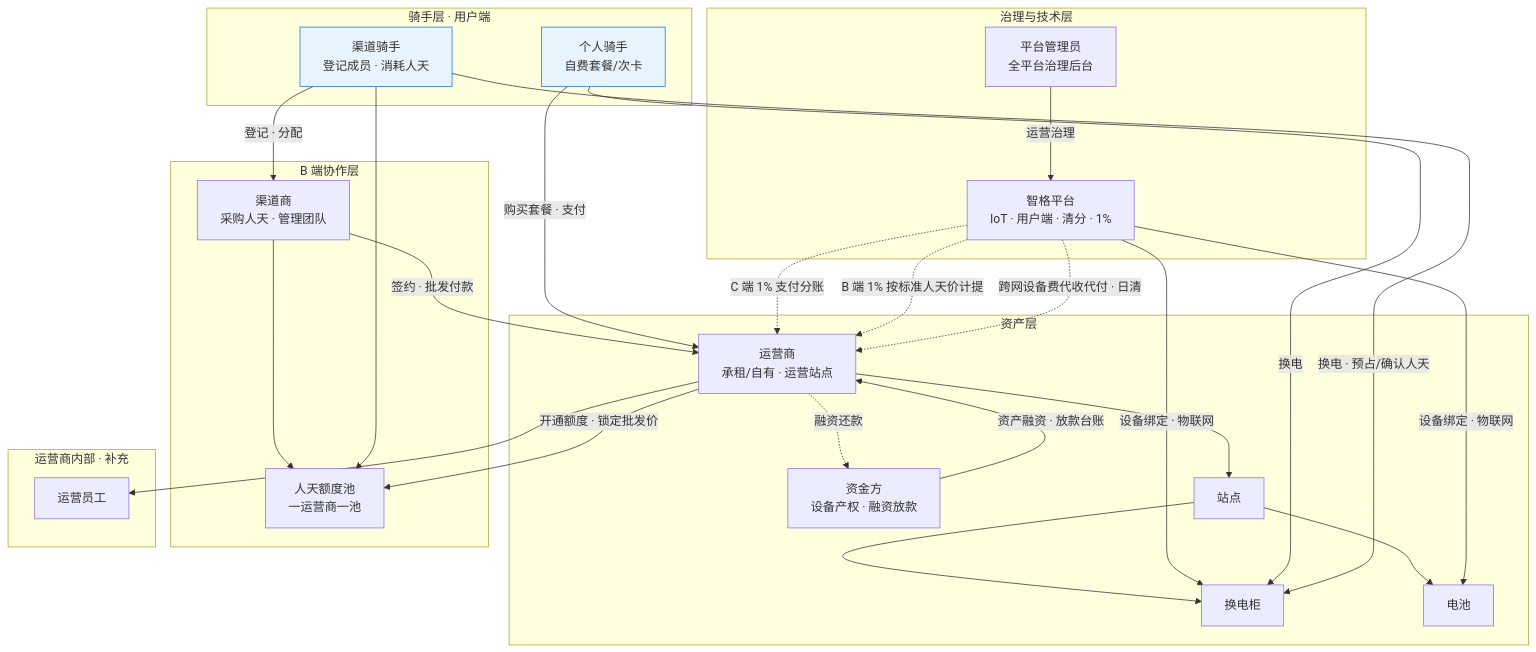
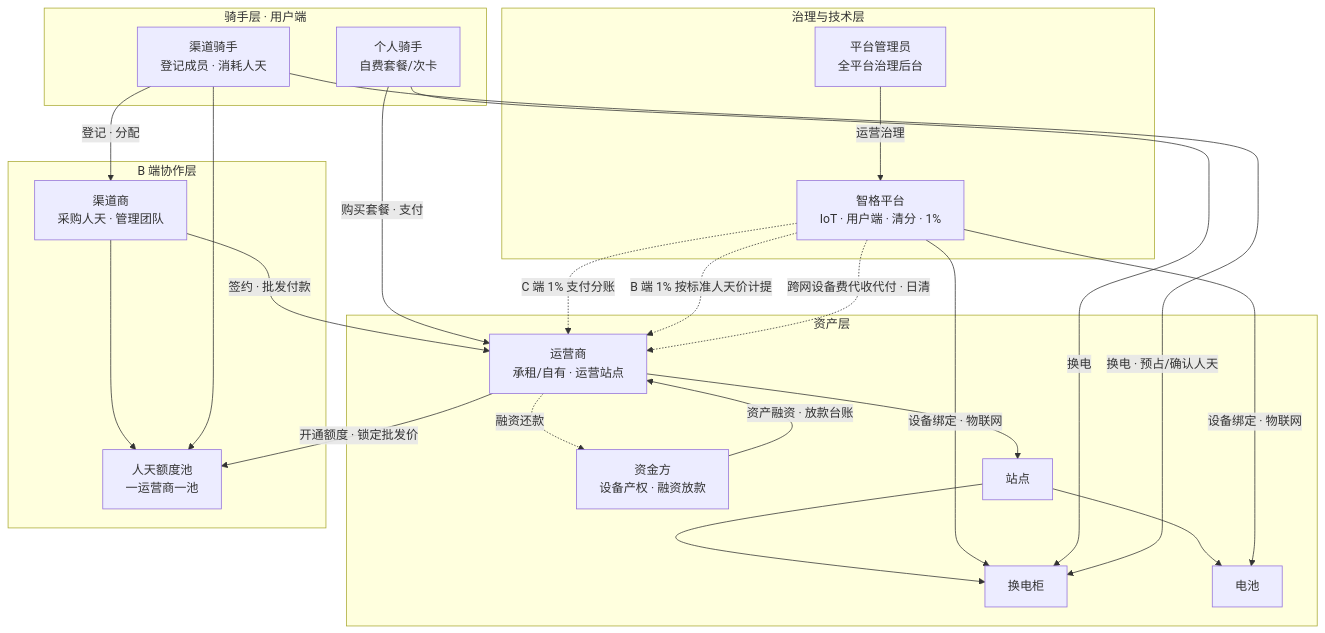
The first of 6 diagrams in docs/documentation/md/业务整体预览图.md (liudali/rider-swap-operator-prototype), drawn with Mermaid before and after one commit. The commit also changed other lines of this file and 102 other files, not shown here.

````diff
--- a/docs/documentation/md/业务整体预览图.md
+++ b/docs/documentation/md/业务整体预览图.md
@@ -39,55 +164,41 @@
 ```mermaid
 flowchart TB
   subgraph gov [治理与技术层]
     Admin["平台管理员<br/>全平台治理后台"]
     Plat["智格平台<br/>IoT · 用户端 · 清分 · 1%"]
     Admin -->|运营治理| Plat
   end
-
   subgraph asset [资产层]
     Lease["资金方<br/>设备产权 · 融资放款"]
     OP["运营商<br/>承租/自有 · 运营站点"]
     Site["站点"]
     Cab["换电柜"]
     Bat["电池"]
     Lease -->|资产融资 · 放款台账| OP
     OP --> Site
     Site --> Cab
     Site --> Bat
     Plat -->|设备绑定 · 物联网| Cab
     Plat -->|设备绑定 · 物联网| Bat
   end
-
   subgraph b2b [B 端协作层]
     CH["渠道商<br/>采购人天 · 管理团队"]
     Pool["人天额度池<br/>一运营商一池"]
     CH -->|签约 · 批发付款| OP
     CH --> Pool
     OP -->|开通额度 · 锁定批发价| Pool
   end
-
   subgraph riders [骑手层 · 用户端]
     R1["个人骑手<br/>自费套餐/次卡"]
     R2["渠道骑手<br/>登记成员 · 消耗人天"]
   end
-
-  subgraph op_inner [运营商内部 · 补充]
-    Staff["运营员工"]
-    OP --> Staff
-  end
-
   R1 -->|购买套餐 · 支付| OP
   R1 -->|换电| Cab
   R2 -->|登记 · 分配| CH
   R2 -->|换电 · 预占/确认人天| Cab
   R2 --> Pool
-
   Plat -.->|C 端 1% 支付分账| OP
   Plat -.->|B 端 1% 按标准人天价计提| OP
   Plat -.->|跨网设备费代收代付 · 日清| OP
   OP -.->|融资还款| Lease
-
-  classDef rider fill:#e8f4fd,stroke:#1a73e8
-  classDef money stroke-dasharray:5 5
-  class R1,R2 rider
 ```
````
